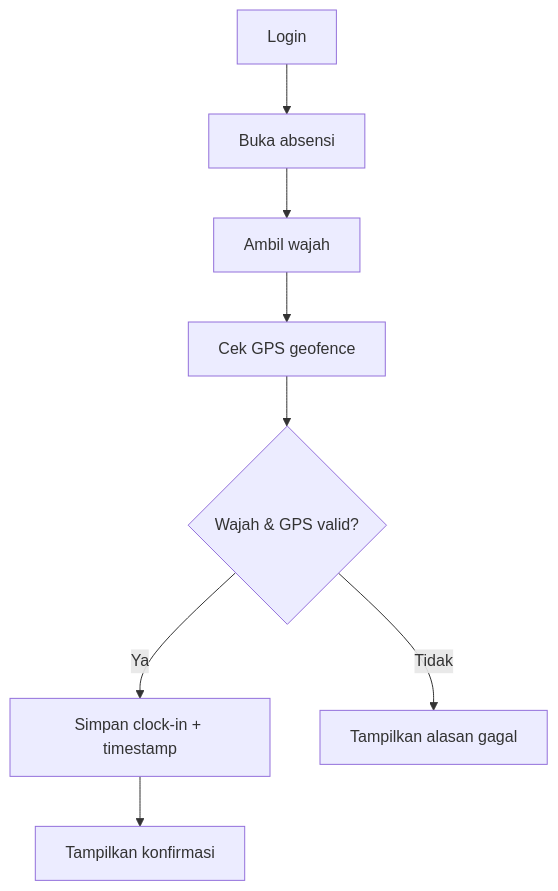
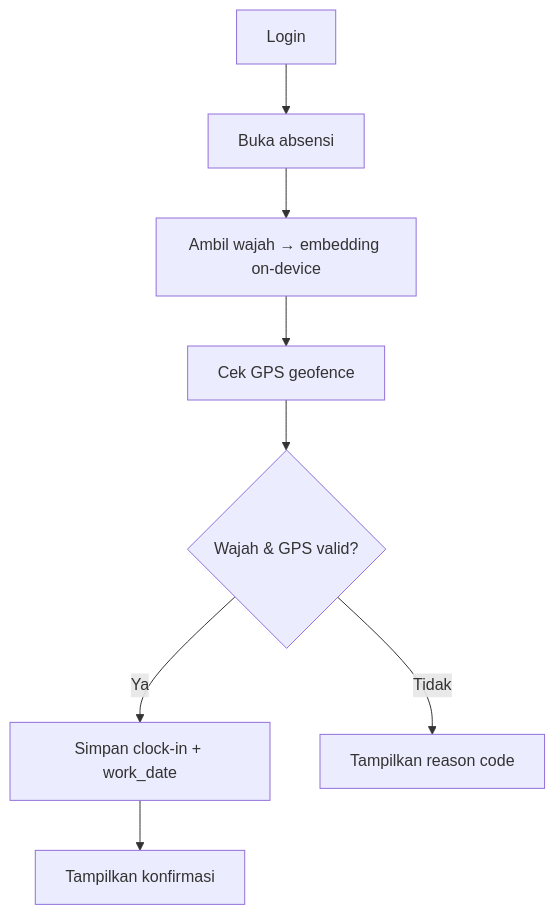
Before and after one commit to Capstone-Project-Team-B-2026/docs: the second of 7 diagrams in docs/prd.md, drawn with Mermaid. The commit also changed other lines of this file and 12 other files, not shown here.

First line of the commit message:
docs: lock v1.0 — face on-device, ERD, NFR, testing, and board hygiene

````diff
--- a/docs/prd.md
+++ b/docs/prd.md
@@ -192,10 +192,10 @@
 ```mermaid
 flowchart TD
   A[Login] --> B[Buka absensi]
-  B --> C[Ambil wajah]
+  B --> C[Ambil wajah → embedding on-device]
   C --> D[Cek GPS geofence]
   D --> E{Wajah & GPS valid?}
-  E -->|Ya| F[Simpan clock-in + timestamp]
+  E -->|Ya| F[Simpan clock-in + work_date]
   F --> G[Tampilkan konfirmasi]
-  E -->|Tidak| H[Tampilkan alasan gagal]
+  E -->|Tidak| H[Tampilkan reason code]
 ```
````
